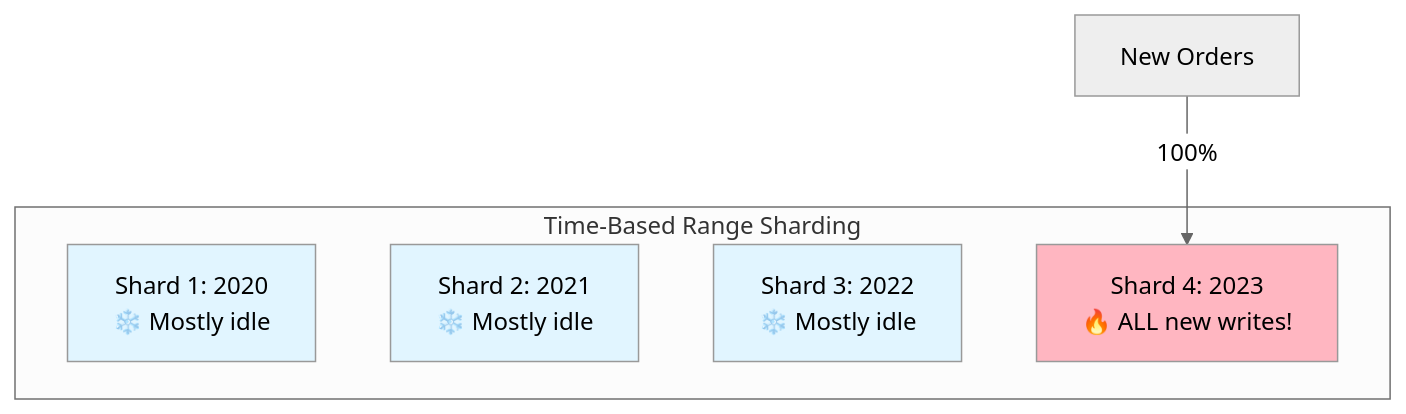
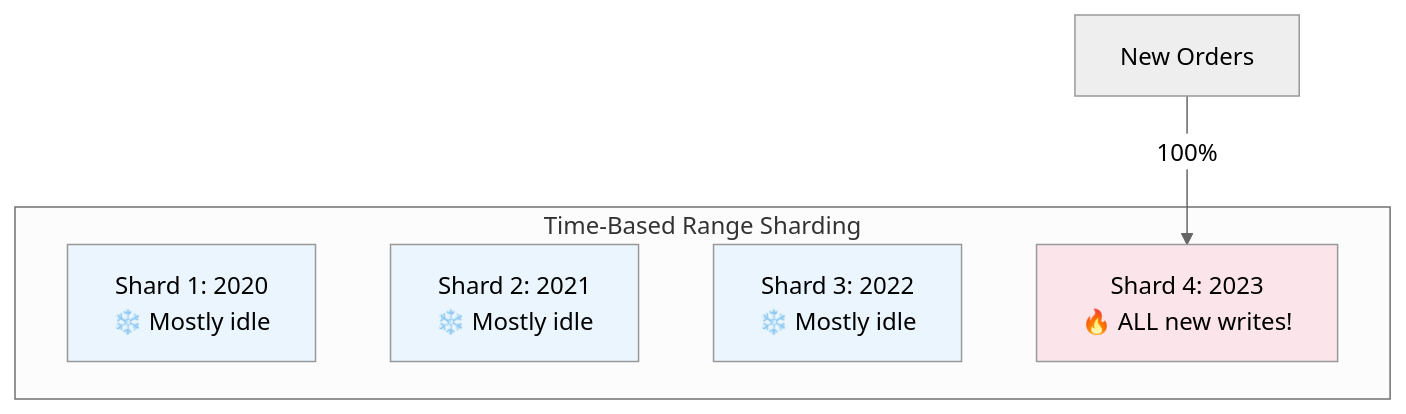
Before and after one commit to cartmancodes/InterviewVault: diagram 16 of 46 in LLD/CoreConcepts/Sharding.md, drawn with Mermaid (neutral theme). The commit also changed other lines of this file and 679 other files, not shown here.

Commit message:
Unify content diagrams and add accessible visual walkthroughs

````diff
--- a/LLD/CoreConcepts/Sharding.md
+++ b/LLD/CoreConcepts/Sharding.md
@@ -403,17 +403,17 @@
 ```mermaid
 graph TB
     subgraph "Time-Based Range Sharding"
         S1[Shard 1: 2020<br/>❄️ Mostly idle]
         S2[Shard 2: 2021<br/>❄️ Mostly idle]
         S3[Shard 3: 2022<br/>❄️ Mostly idle]
         S4[Shard 4: 2023<br/>🔥 ALL new writes!]
     end
     
     WRITES[New Orders]
     WRITES -->|100%| S4
     
-    style S1 fill:#e1f5ff
-    style S2 fill:#e1f5ff
-    style S3 fill:#e1f5ff
-    style S4 fill:#FFB6C1
+    style S1 fill:#EAF5FD
+    style S2 fill:#EAF5FD
+    style S3 fill:#EAF5FD
+    style S4 fill:#FCE5EA
 ```
````
